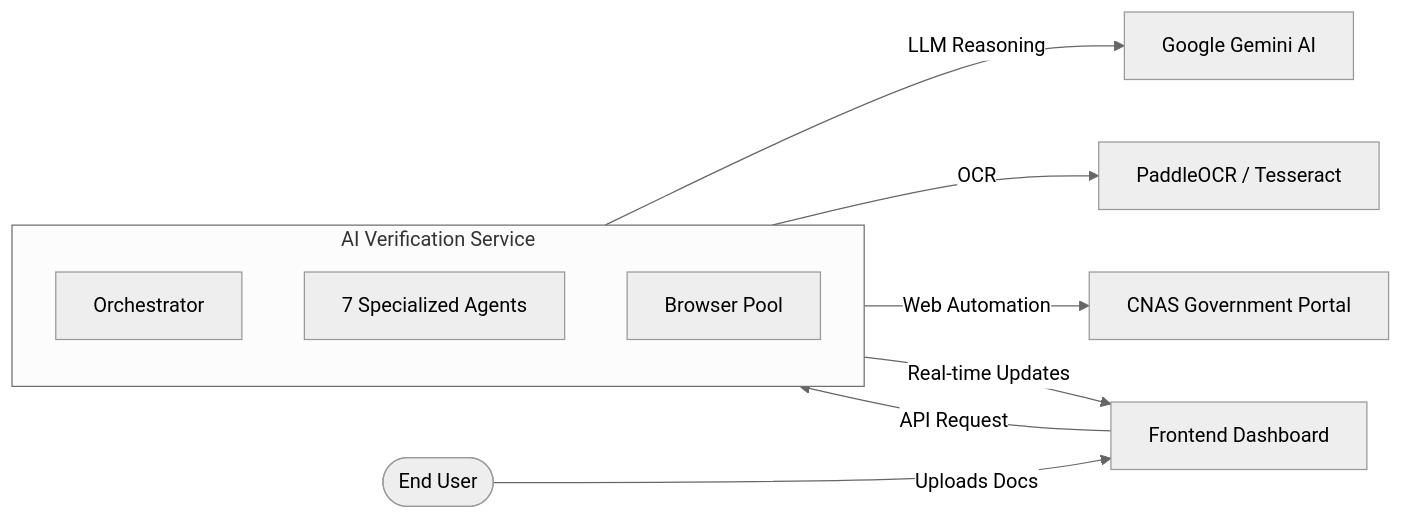
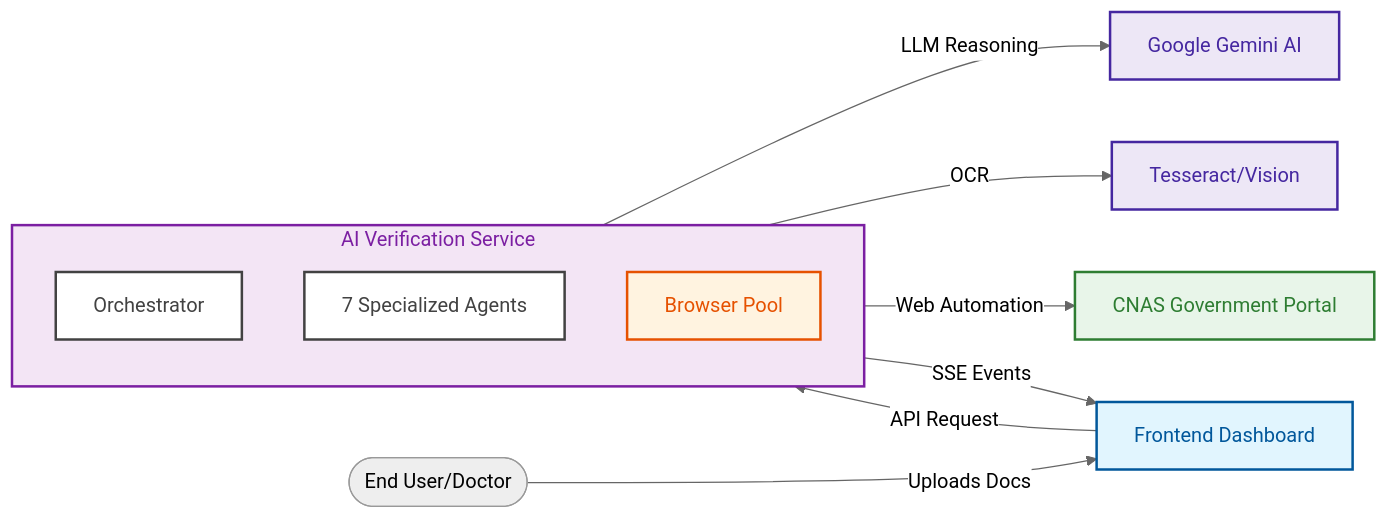
One commit to Corsairs-Bejaia/Meayer-AI changed the first of 2 diagrams in docs/visual_representation.md. Above: the diagram before and after it, drawn with Mermaid (neutral theme). The commit also changed other lines of this file and 3 other files, not shown here.

Commit message:
docs: refine system architecture diagram with enhanced styling and detailed agent phase documentation

````diff
--- a/docs/visual_representation.md
+++ b/docs/visual_representation.md
@@ -7,17 +7,25 @@
 ```mermaid
 graph LR
-    User([End User]) -->|Uploads Docs| Dashboard[Frontend Dashboard]
-    Dashboard -->|API Request| AIService[AI Verification Service]
+    User([End User/Doctor]) -->|Uploads Docs| Dashboard[Frontend Dashboard]:::frontend
+    Dashboard -->|API Request| AIService[AI Verification Service]:::backend
     
     subgraph AIService [AI Verification Service]
-        Orch[Orchestrator]
-        Agents[7 Specialized Agents]
-        Pool[Browser Pool]
+        Orch[Orchestrator]:::core
+        Agents[7 Specialized Agents]:::core
+        Pool[Browser Pool]:::resource
     end
     
-    AIService -->|LLM Reasoning| Gemini[Google Gemini AI]
-    AIService -->|OCR| Paddle[PaddleOCR / Tesseract]
-    AIService -->|Web Automation| CNAS[CNAS Government Portal]
+    AIService -->|LLM Reasoning| Gemini[Google Gemini AI]:::ai
+    AIService -->|OCR| Tesseract[Tesseract/Vision]:::ai
+    AIService -->|Web Automation| CNAS[CNAS Government Portal]:::gov
     
-    AIService -->|Real-time Updates| Dashboard
+    AIService -->|SSE Events| Dashboard:::frontend
+
+    %% Styles
+    classDef frontend fill:#e1f5fe,stroke:#01579b,stroke-width:2px,color:#01579b
+    classDef backend fill:#f3e5f5,stroke:#7b1fa2,stroke-width:2px,color:#7b1fa2
+    classDef core fill:#ffffff,stroke:#424242,stroke-width:2px,color:#424242
+    classDef resource fill:#fff3e0,stroke:#e65100,stroke-width:2px,color:#e65100
+    classDef ai fill:#ede7f6,stroke:#4527a0,stroke-width:2px,color:#4527a0
+    classDef gov fill:#e8f5e9,stroke:#2e7d32,stroke-width:2px,color:#2e7d32
 ```
````
